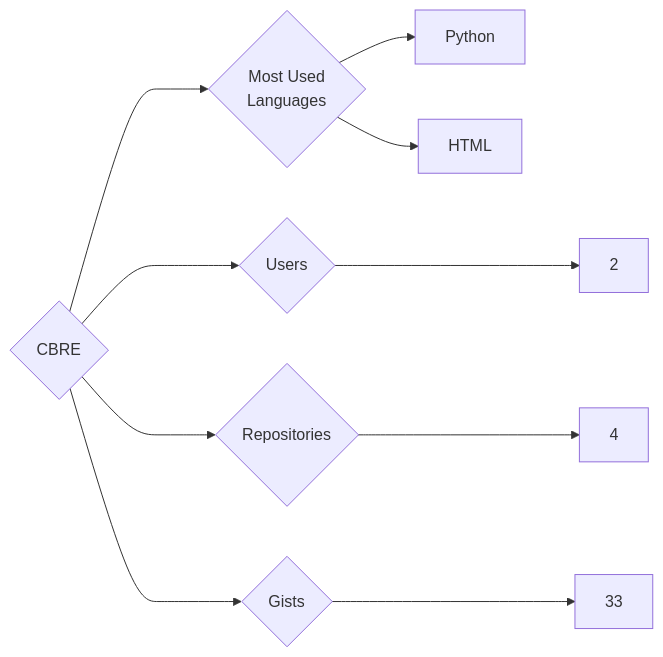
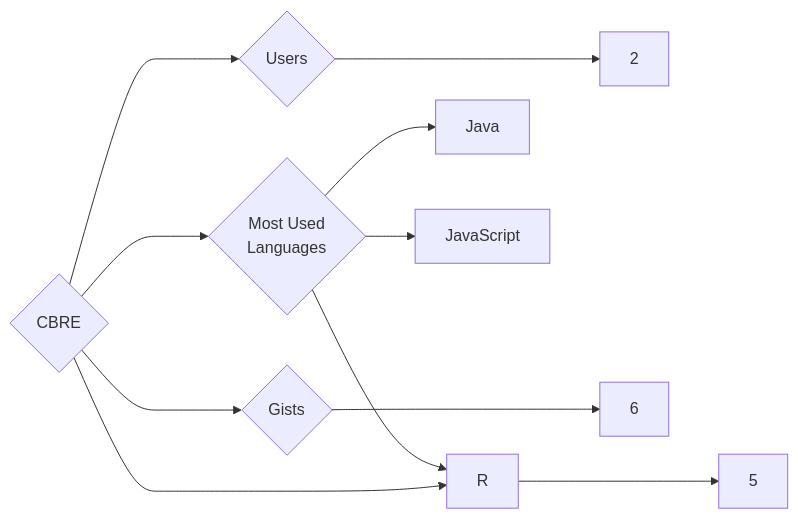
One commit to trickest/insiders changed the diagram in targets/CBRE/README.md. Above: the diagram before and after it, drawn with Mermaid. The commit also changed 1003 other files, not shown here.

````diff
--- a/targets/CBRE/README.md
+++ b/targets/CBRE/README.md
@@ -3,10 +3,11 @@
 ```mermaid
 graph LR
 COMPANY_NAME{CBRE}
 COMPANY_NAME ---> U{Users} ---> UN[2]
-COMPANY_NAME ---> R{Repositories} ---> RN[4]
-COMPANY_NAME ---> G{Gists} ---> GN[33]
+COMPANY_NAME ---> R{Repositories} ---> RN[5]
+COMPANY_NAME ---> G{Gists} ---> GN[6]
 COMPANY_NAME ---> ML{Most Used<br>Languages}
-ML --> Python[Python]
-ML --> HTML[HTML]
+ML --> Java[Java]
+ML --> R[R]
+ML --> JavaScript[JavaScript]
 ```
````
